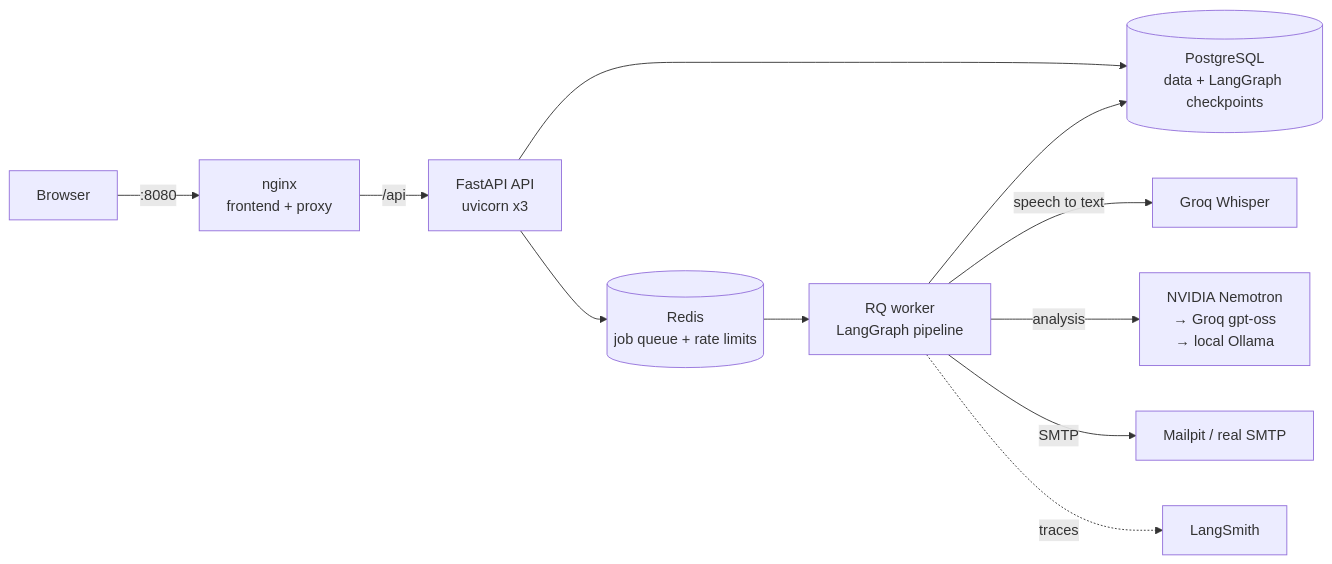
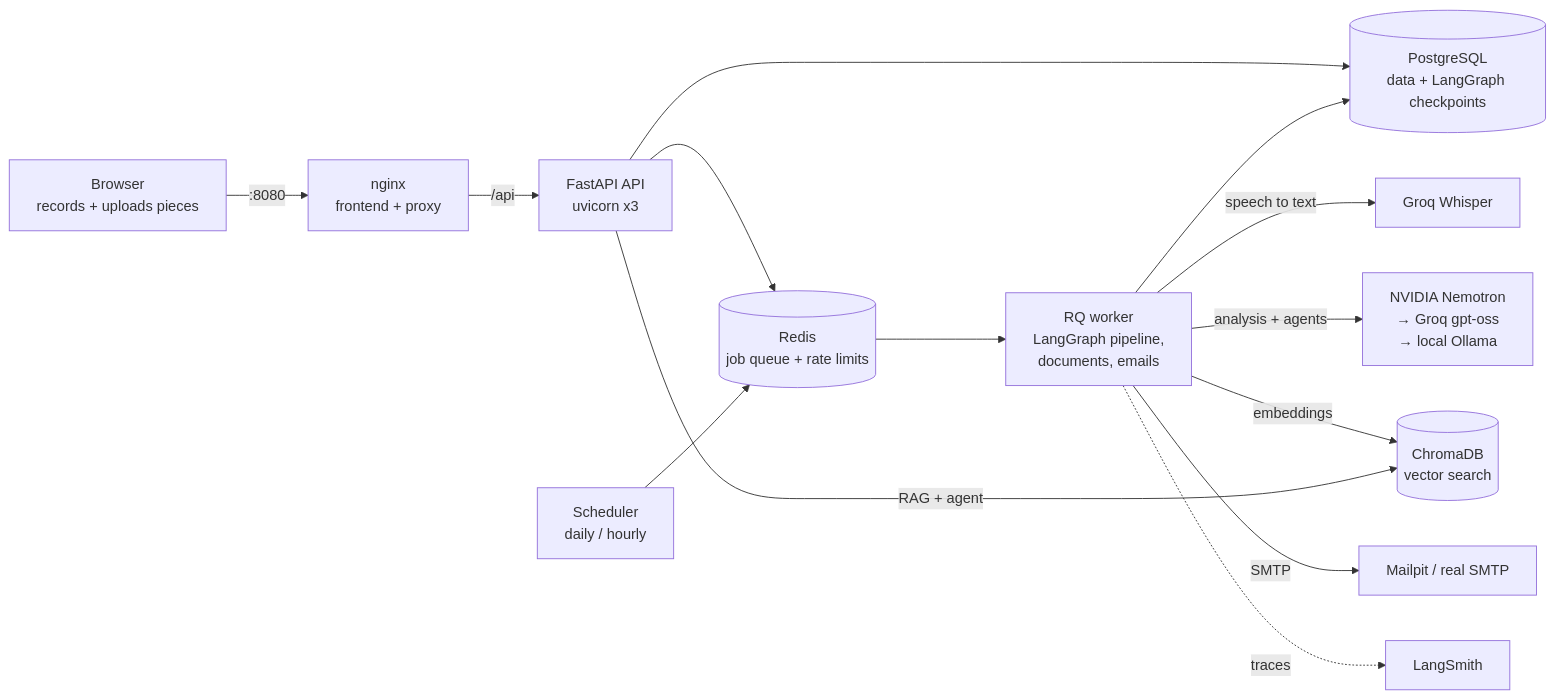
One commit to tawfeeqimtiyaz/MeetMind changed the first of 5 diagrams in README.md. Above: the diagram before and after it, drawn with Mermaid. The commit also changed other lines of this file, not shown here.

First line of the commit message:
updated readme with live meetings, documents, agents and reminders

````diff
--- a/README.md
+++ b/README.md
@@ -67,13 +72,16 @@
 ```mermaid
 flowchart LR
-    U[Browser] -->|:8080| N[nginx<br/>frontend + proxy]
+    U[Browser<br/>records + uploads pieces] -->|:8080| N[nginx<br/>frontend + proxy]
     N -->|/api| A[FastAPI API<br/>uvicorn x3]
     A --> P[(PostgreSQL<br/>data + LangGraph checkpoints)]
     A --> R[(Redis<br/>job queue + rate limits)]
-    R --> W[RQ worker<br/>LangGraph pipeline]
+    S[Scheduler<br/>daily / hourly] --> R
+    R --> W[RQ worker<br/>LangGraph pipeline,<br/>documents, emails]
     W --> P
     W -->|speech to text| G[Groq Whisper]
-    W -->|analysis| AI[NVIDIA Nemotron<br/>→ Groq gpt-oss<br/>→ local Ollama]
+    W -->|analysis + agents| AI[NVIDIA Nemotron<br/>→ Groq gpt-oss<br/>→ local Ollama]
+    W -->|embeddings| C[(ChromaDB<br/>vector search)]
+    A -->|RAG + agent| C
     W -->|SMTP| M[Mailpit / real SMTP]
     W -. traces .-> LS[LangSmith]
 ```
````
